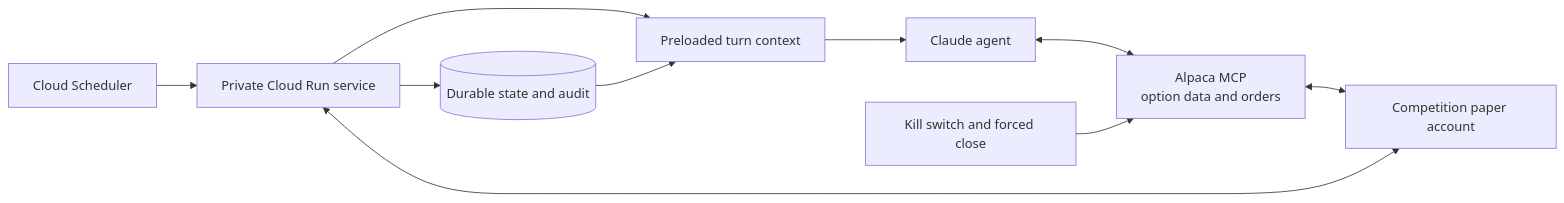
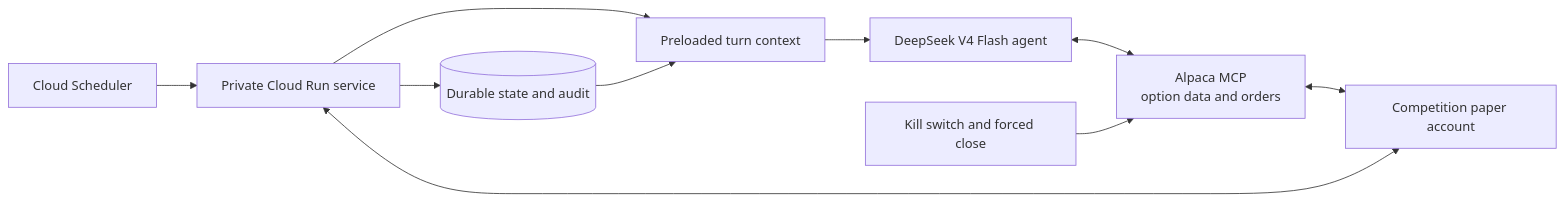
Before and after one commit to z-siddiqi/alpaca-market-agent: the diagram in docs/architecture.md, drawn with Mermaid. The commit also changed other lines of this file and 7 other files, not shown here.

````diff
--- a/docs/architecture.md
+++ b/docs/architecture.md
@@ -7,12 +7,12 @@
 ```mermaid
 flowchart LR
     scheduler["Cloud Scheduler"] --> runtime["Private Cloud Run service"]
     runtime --> context["Preloaded turn context"]
     state[("Durable state and audit")] --> context
-    context --> agent["Claude agent"]
+    context --> agent["DeepSeek V4 Flash agent"]
     agent <--> mcp["Alpaca MCP<br/>option data and orders"]
     mcp <--> account["Competition paper account"]
     runtime <--> account
     runtime --> state
     backstop["Kill switch and forced close"] --> mcp
 ```
````
